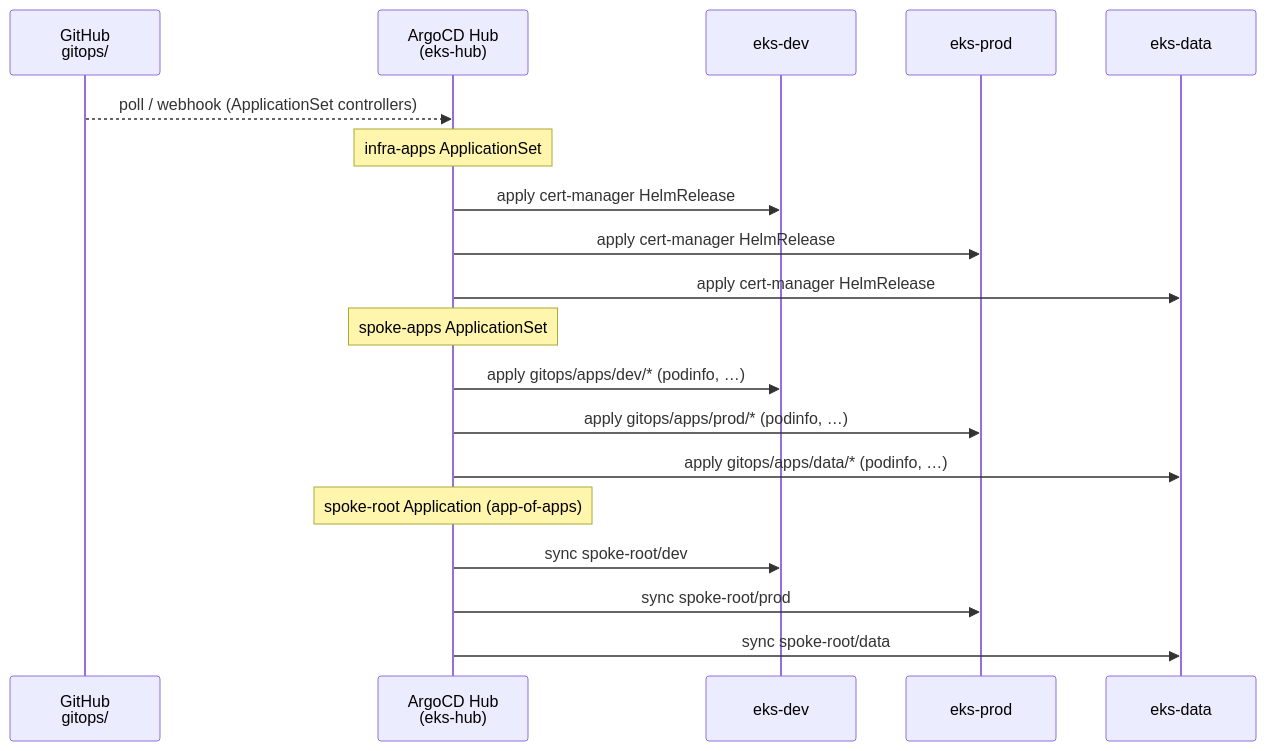
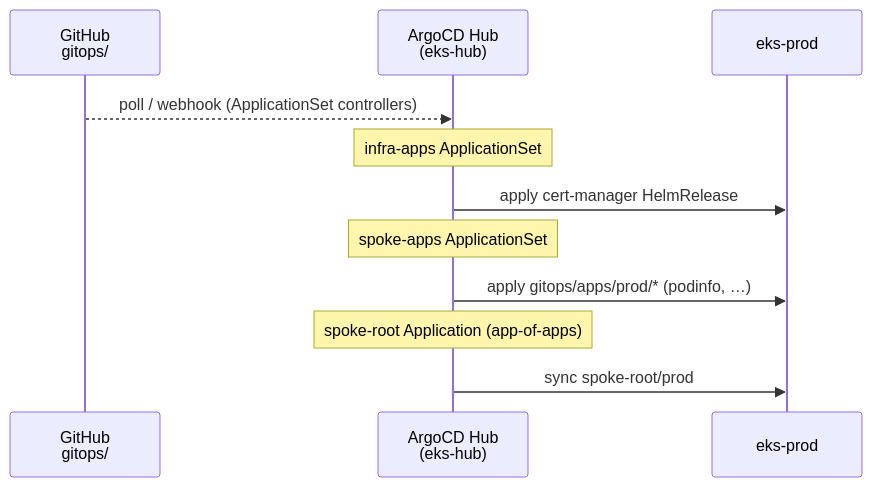
One commit to paragch/eks-hub-spoke changed the sixth of 13 diagrams in docs/low-level-design.md. Above: the diagram before and after it, drawn with Mermaid. The commit also changed other lines of this file and 40 other files, not shown here.

First line of the commit message:
Remove dev and data accounts; simplify to hub + prod + prod-data

````diff
--- a/docs/low-level-design.md
+++ b/docs/low-level-design.md
@@ -298,25 +224,17 @@
 ```mermaid
 sequenceDiagram
   participant GH as GitHub<br/>gitops/
   participant ARGOCD as ArgoCD Hub<br/>(eks-hub)
-  participant DEV_API as eks-dev
   participant PROD_API as eks-prod
-  participant DATA_API as eks-data
 
   GH-->>ARGOCD: poll / webhook (ApplicationSet controllers)
 
   Note over ARGOCD: infra-apps ApplicationSet
-  ARGOCD->>DEV_API:  apply cert-manager HelmRelease
   ARGOCD->>PROD_API: apply cert-manager HelmRelease
-  ARGOCD->>DATA_API: apply cert-manager HelmRelease
 
   Note over ARGOCD: spoke-apps ApplicationSet
-  ARGOCD->>DEV_API:  apply gitops/apps/dev/* (podinfo, …)
   ARGOCD->>PROD_API: apply gitops/apps/prod/* (podinfo, …)
-  ARGOCD->>DATA_API: apply gitops/apps/data/* (podinfo, …)
 
   Note over ARGOCD: spoke-root Application (app-of-apps)
-  ARGOCD->>DEV_API:  sync spoke-root/dev
   ARGOCD->>PROD_API: sync spoke-root/prod
-  ARGOCD->>DATA_API: sync spoke-root/data
 ```
````
